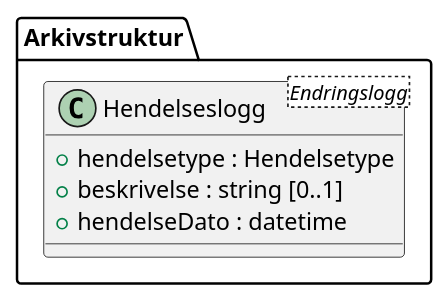
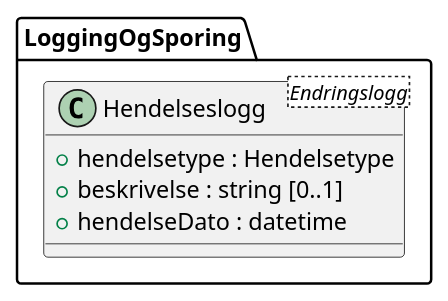
Before and after one commit to arkivverket/noark5-tjenestegrensesnitt-standard: the diagram in kapitler/media/uml-class-hendelseslogg.iuml, drawn with PlantUML. The commit also changed 2 other files, not shown here.

Commit message:
Move class Hendelseslogg to package LoggingOgSporing.
Fixes #110

```diff
--- a/kapitler/media/uml-class-hendelseslogg.iuml
+++ b/kapitler/media/uml-class-hendelseslogg.iuml
@@ -1,7 +1,7 @@
 @startuml
-class Arkivstruktur.Hendelseslogg <Endringslogg> {
+class LoggingOgSporing.Hendelseslogg <Endringslogg> {
   +hendelsetype : Hendelsetype
   +beskrivelse : string [0..1]
   +hendelseDato : datetime
 }
 @enduml
```
